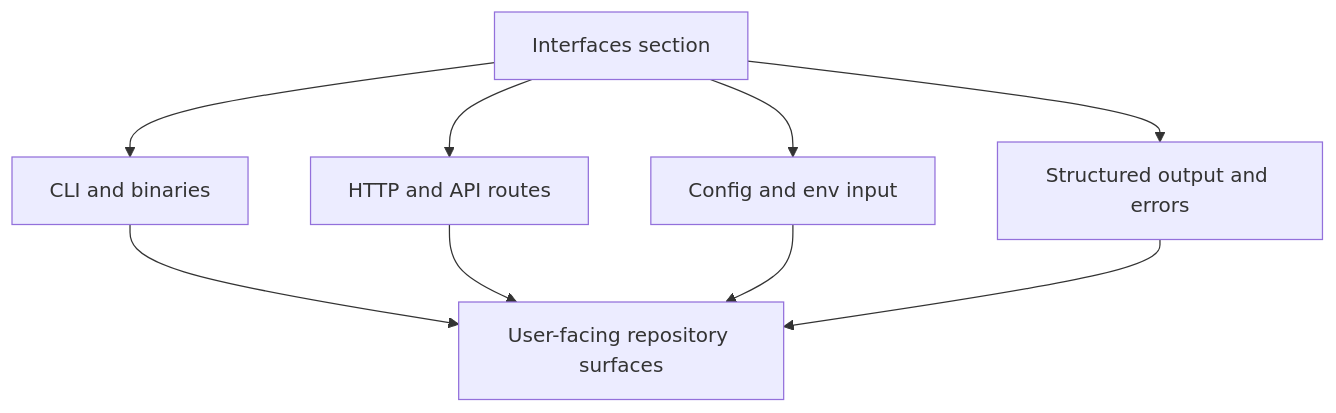
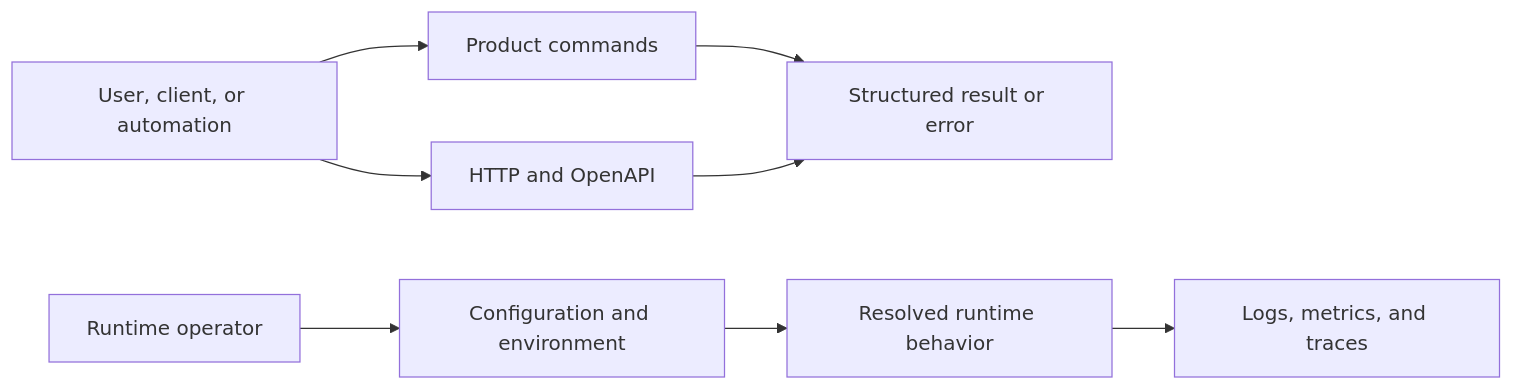
The first of 2 diagrams in docs/bijux-atlas/interfaces/index.md (bijux/bijux-atlas), drawn with Mermaid before and after one commit. The commit also changed other lines of this file and 2 other files, not shown here.

Commit message:
docs(interfaces): define consumer and configuration authority

````diff
--- a/docs/bijux-atlas/interfaces/index.md
+++ b/docs/bijux-atlas/interfaces/index.md
@@ -14,11 +17,10 @@
 ```mermaid
-flowchart TD
-    Interfaces[Interfaces section] --> CLI[CLI and binaries]
-    Interfaces --> HTTP[HTTP and API routes]
-    Interfaces --> Config[Config and env input]
-    Interfaces --> Output[Structured output and errors]
-    CLI --> Surface[User-facing repository surfaces]
-    HTTP --> Surface
-    Config --> Surface
-    Output --> Surface
+flowchart LR
+    Consumer[User, client, or automation] --> CLI[Product commands]
+    Consumer --> HTTP[HTTP and OpenAPI]
+    Operator[Runtime operator] --> Config[Configuration and environment]
+    CLI --> Result[Structured result or error]
+    HTTP --> Result
+    Config --> Runtime[Resolved runtime behavior]
+    Runtime --> Signals[Logs, metrics, and traces]
 ```
````
